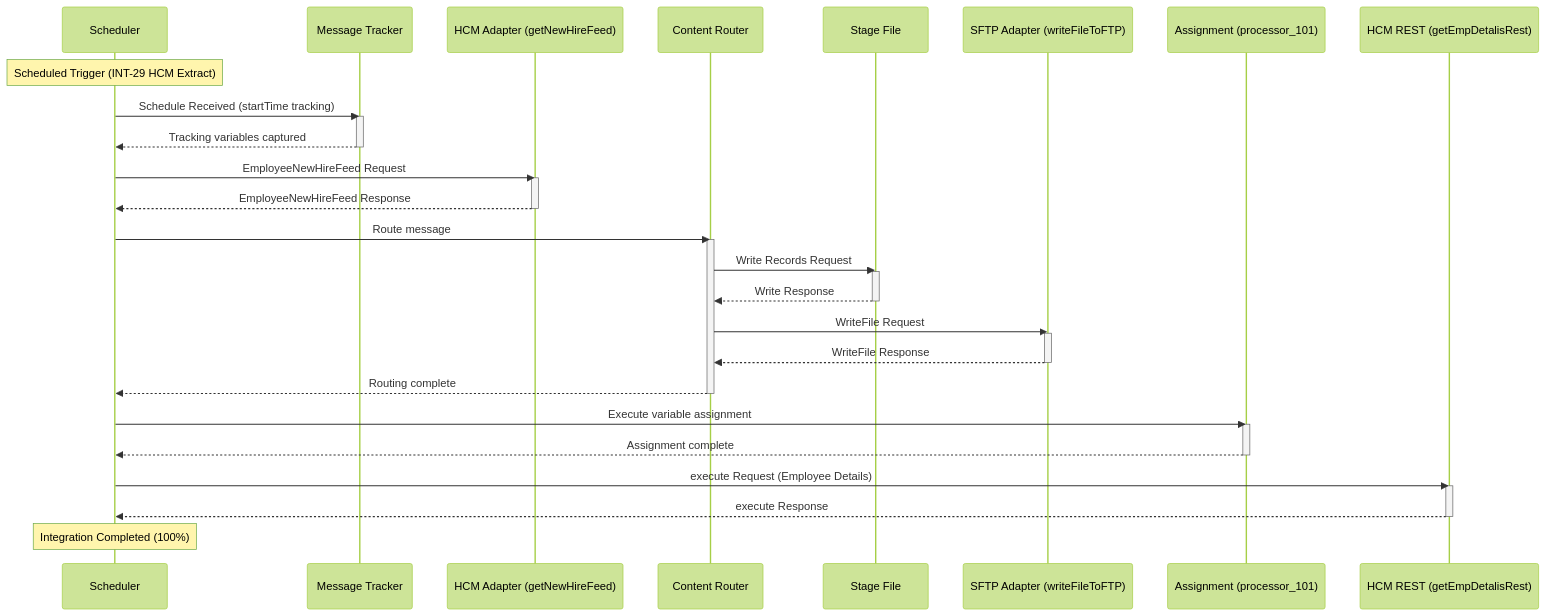
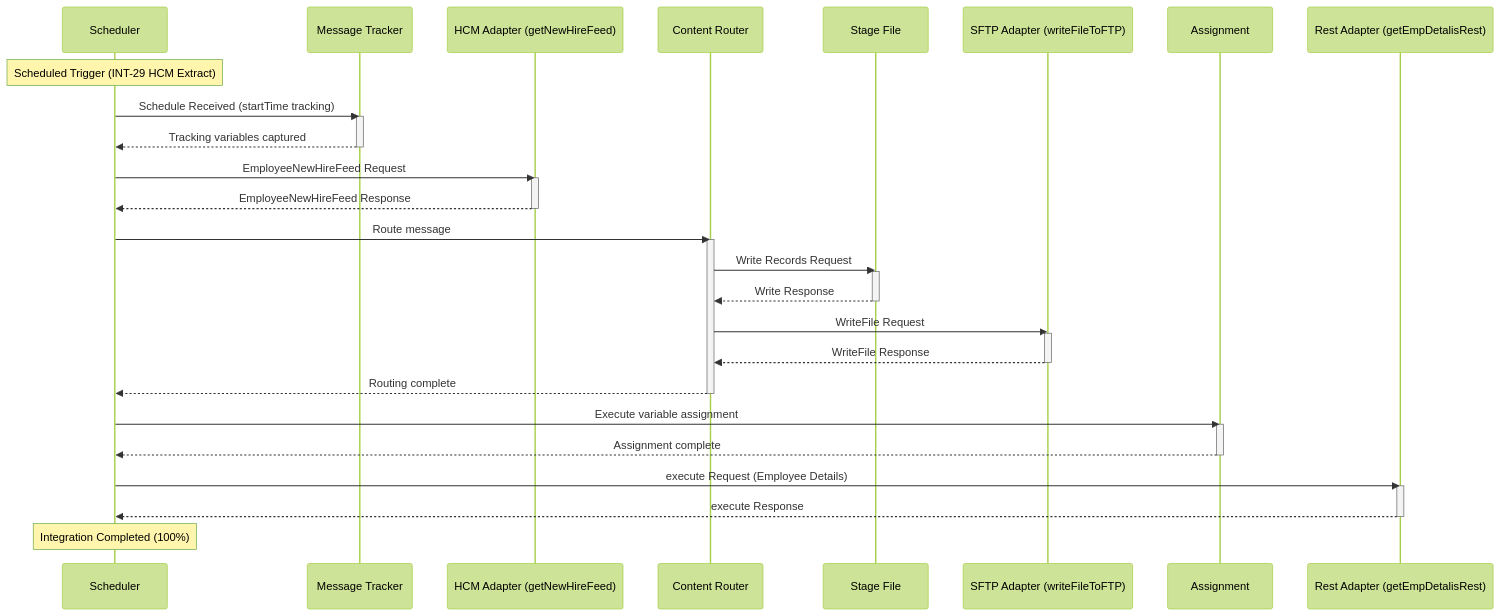
One commit to shanchih/Seaspan changed the diagram in Seaspan/Helm/EmployeeMaster.md. Above: the diagram before and after it, drawn with Mermaid (forest theme). The commit also changed other lines of this file, not shown here.

Commit message:
Seaspan/Helm/EmployeeMaster.md updated from https://stackedit.io/

````diff
--- a/Seaspan/Helm/EmployeeMaster.md
+++ b/Seaspan/Helm/EmployeeMaster.md
@@ -20,48 +20,48 @@
 ```mermaid 
 sequenceDiagram
     participant Scheduler as Scheduler
     participant MessageTracker as Message Tracker
     participant HCMCloud as HCM Adapter (getNewHireFeed)
     participant Router as Content Router
-    participant StageFile as Stage File 
+    participant StageFile as Stage File
     participant SFTP as SFTP Adapter (writeFileToFTP)
-    participant Assignment as Assignment (processor_101)
-    participant HCMRest as HCM REST (getEmpDetalisRest)
+    participant Assignment as Assignment
+    participant HCMRest as Rest Adapter (getEmpDetalisRest)
 
     Note over Scheduler: Scheduled Trigger (INT-29 HCM Extract)
     Scheduler->>MessageTracker: Schedule Received (startTime tracking)
     activate MessageTracker
     MessageTracker-->>Scheduler: Tracking variables captured
     deactivate MessageTracker
 
     Scheduler->>HCMCloud: EmployeeNewHireFeed Request
     activate HCMCloud
     HCMCloud-->>Scheduler: EmployeeNewHireFeed Response
     deactivate HCMCloud
 
     Scheduler->>Router: Route message
     activate Router
     Router->>StageFile: Write Records Request
     activate StageFile
     StageFile-->>Router: Write Response
     deactivate StageFile
     
     Router->>SFTP: WriteFile Request
     activate SFTP
     SFTP-->>Router: WriteFile Response
     deactivate SFTP
     Router-->>Scheduler: Routing complete
     deactivate Router
 
     Scheduler->>Assignment: Execute variable assignment
     activate Assignment
     Assignment-->>Scheduler: Assignment complete
     deactivate Assignment
 
     Scheduler->>HCMRest: execute Request (Employee Details)
     activate HCMRest
     HCMRest-->>Scheduler: execute Response
     deactivate HCMRest
 
     Note over Scheduler: Integration Completed (100%)
 ```
````
